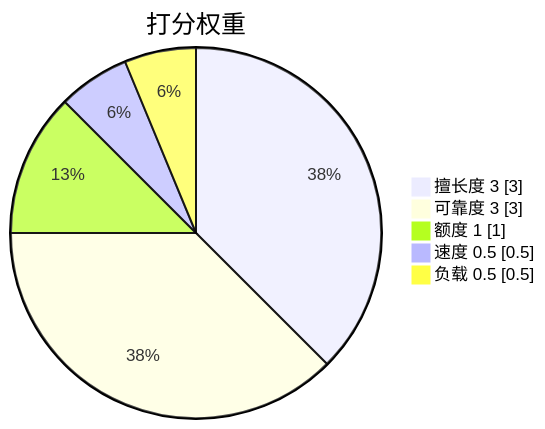
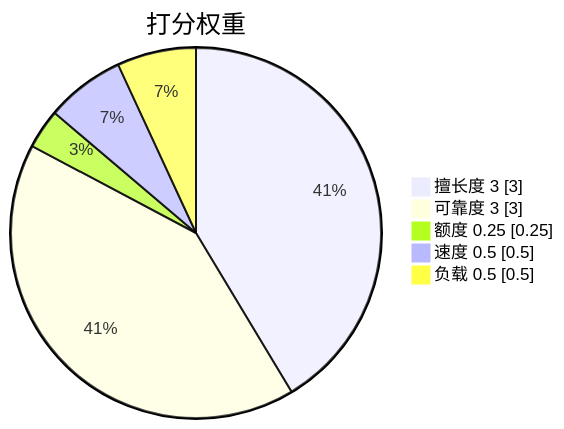
One commit to ming2363/ai-relay changed the second of 3 diagrams in README.zh-CN.md. Above: the diagram before and after it, drawn with Mermaid. The commit also changed other lines of this file and 9 other files, not shown here.

````diff
--- a/README.zh-CN.md
+++ b/README.zh-CN.md
@@ -39,9 +39,9 @@
 ```mermaid
 pie showData
     title 打分权重
     "擅长度 3" : 3
     "可靠度 3" : 3
-    "额度 1" : 1
+    "额度 0.25" : 0.25
     "速度 0.5" : 0.5
     "负载 0.5" : 0.5
 ```
````
